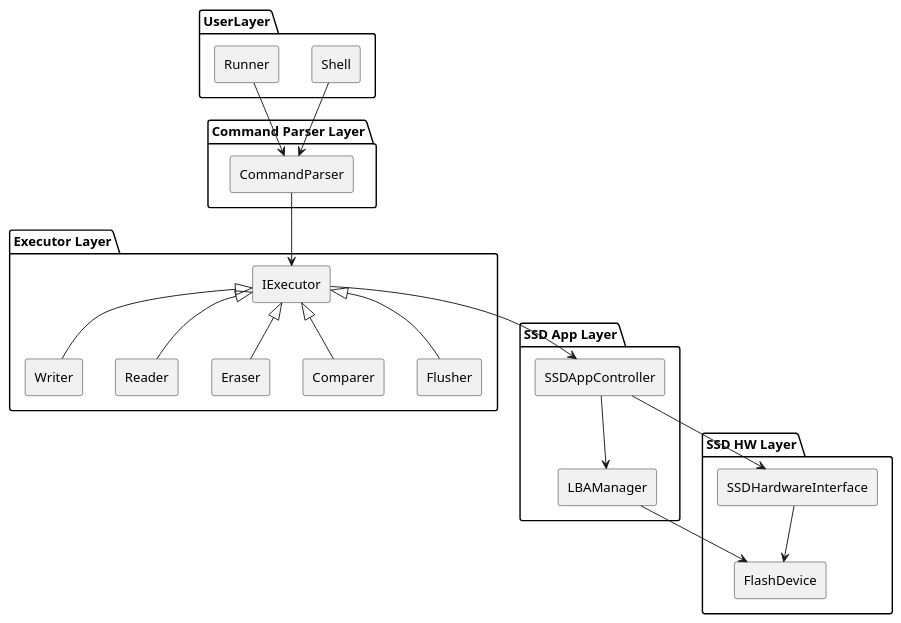
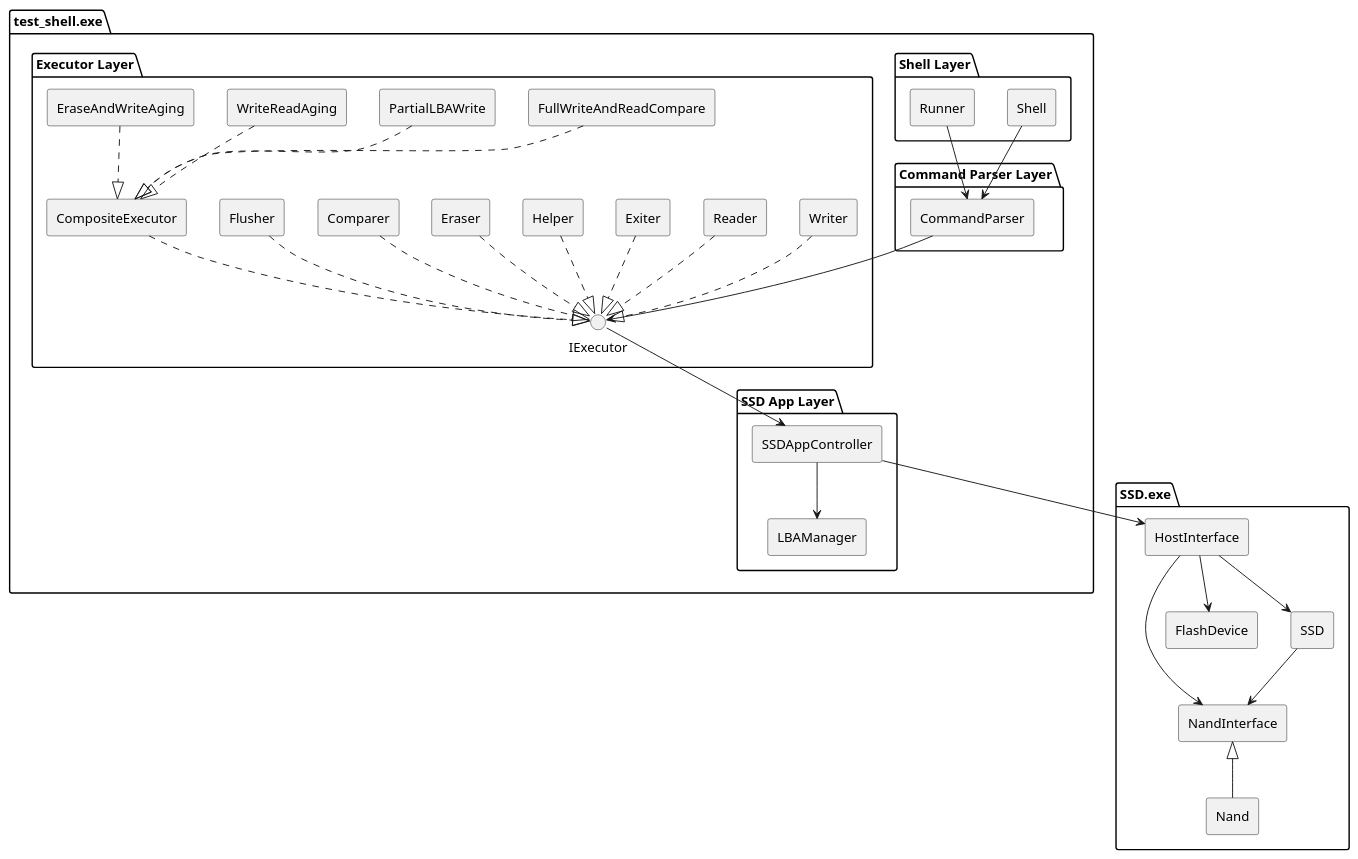
One commit to Kim-Beomjin/CCC-SSDProject changed the diagram in README.md. Above: the diagram before and after it, drawn with PlantUML.

```diff
--- a/README.md
+++ b/README.md
@@ -26,50 +24,75 @@
 @startuml
 skinparam componentStyle rectangle
 skinparam shadowing false
 
-package "UserLayer" {
-  [Shell]  
-  [Runner]  
+package "test_shell.exe" {
+
+  package "Shell Layer" {
+    component Shell  
+    component Runner  
+  }
+
+  package "Command Parser Layer" {
+    component CommandParser
+  }
+
+  package "Executor Layer" {
+    interface IExecutor
+    component Writer
+    component Reader
+    component Exiter
+    component Helper
+    component Eraser
+    component Comparer
+    component Flusher
+    component CompositeExecutor
+    component FullWriteAndReadCompare
+    component PartialLBAWrite
+    component WriteReadAging
+    component EraseAndWriteAging
+  }
+
+  package "SSD App Layer" {
+    component SSDAppController
+    component LBAManager
+  }
 }
 
-package "Command Parser Layer" {
-  [CommandParser]
+package "SSD.exe" {
+  component HostInterface
+  component FlashDevice
+
+  component SSD
+  component NandInterface
+  component Nand
+
+  SSD --> NandInterface
+  Nand -up-|> NandInterface
+  HostInterface--> SSD
+  HostInterface--> NandInterface
 }
 
-package "Executor Layer" {
-  [IExecutor]  
-  [Writer]
-  [Reader]
-  [Eraser]
-  [Comparer]
-  [Flusher]
-}
+' Layer 의존 관계
+Shell --> CommandParser
+Runner --> CommandParser
+CommandParser --> IExecutor
 
-package "SSD App Layer" {
-  [SSDAppController]
-  [LBAManager]
-}
+Writer ..|> IExecutor
+Reader ..|> IExecutor
+Eraser ..|> IExecutor
+Exiter ..|> IExecutor
+Helper ..|> IExecutor
+Comparer ..|> IExecutor
+Flusher ..|> IExecutor
 
-package "SSD HW Layer" {
-  [SSDHardwareInterface]
-  [FlashDevice]
-}
+CompositeExecutor ..|> IExecutor
+FullWriteAndReadCompare ..|> CompositeExecutor
+PartialLBAWrite ..|> CompositeExecutor
+WriteReadAging ..|> CompositeExecutor
+EraseAndWriteAging ..|> CompositeExecutor
 
-' 의존 관계
-[Shell] --> [CommandParser]
-[Runner] --> [CommandParser]
-[CommandParser] --> [IExecutor]
-
-[Writer] -up-|> [IExecutor]
-[Reader] -up-|> [IExecutor]
-[Eraser] -up-|> [IExecutor]
-[Comparer] -up-|> [IExecutor]
-[Flusher] -up-|> [IExecutor]
-
-[IExecutor] --> [SSDAppController]
-[SSDAppController] --> [SSDHardwareInterface]
-[SSDAppController] --> [LBAManager]
-[LBAManager] --> [FlashDevice]
-[SSDHardwareInterface] --> [FlashDevice]
-
+IExecutor --> SSDAppController
+SSDAppController --> HostInterface
+SSDAppController --> LBAManager
+HostInterface --> FlashDevice
 @enduml
```
